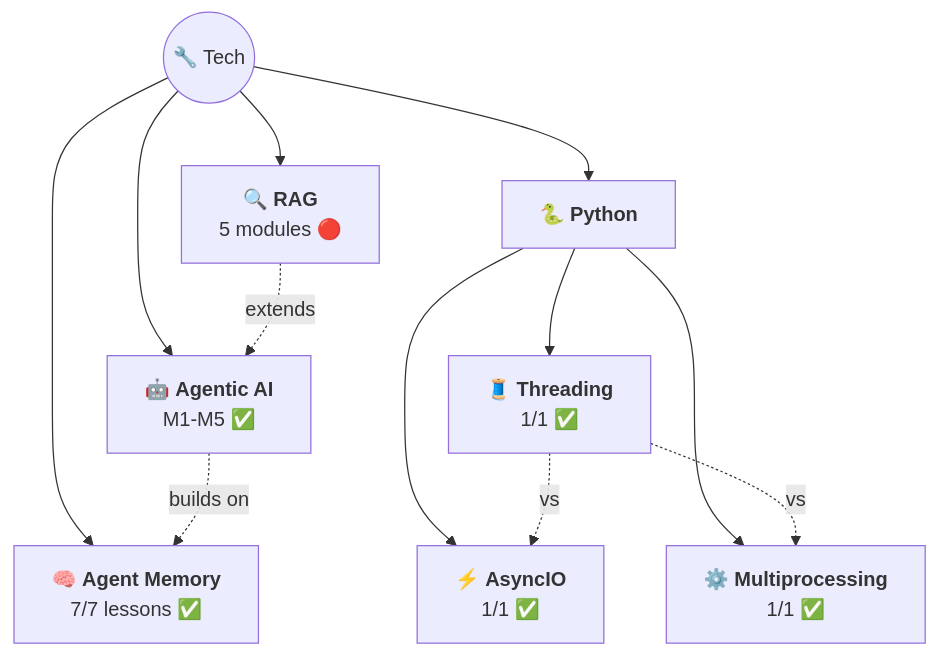
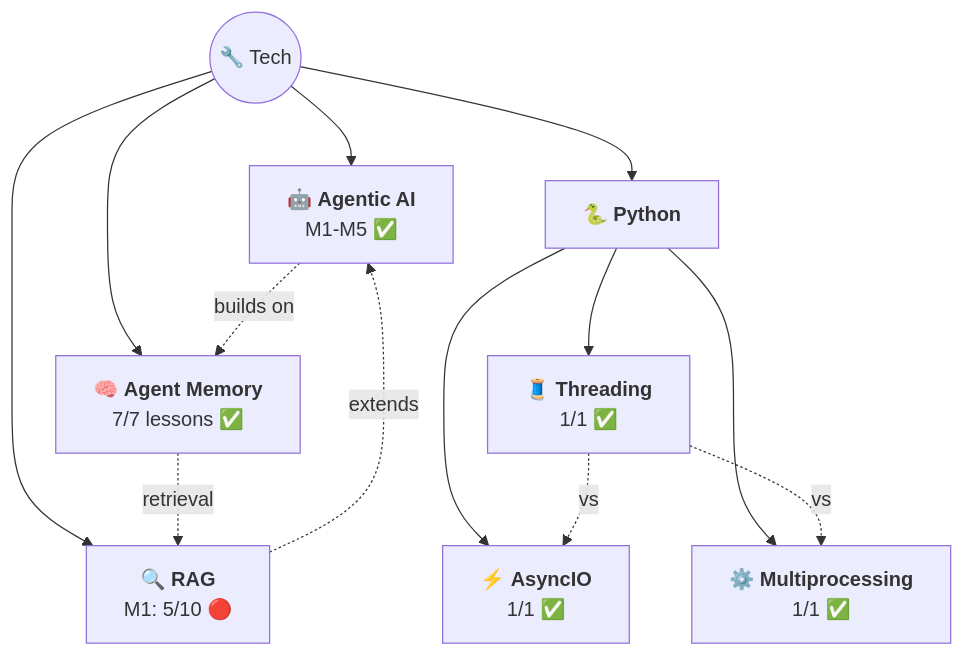
Before and after one commit to AyushSonuu/my-memory: the diagram in tech/README.md, drawn with Mermaid. The commit also changed other lines of this file and 234 other files, not shown here.

````diff
--- a/tech/README.md
+++ b/tech/README.md
@@ -5,15 +5,16 @@
 ```mermaid
 graph TB
     T(("🔧 Tech"))
     T --> AG["🤖 <b>Agentic AI</b><br/>M1-M5 ✅"]
     T --> AM["🧠 <b>Agent Memory</b><br/>7/7 lessons ✅"]
-    T --> RAG["🔍 <b>RAG</b><br/>5 modules 🔴"]
+    T --> RAG["🔍 <b>RAG</b><br/>M1: 5/10 🔴"]
     T --> PY["🐍 <b>Python</b>"]
     PY --> AIO["⚡ <b>AsyncIO</b><br/>1/1 ✅"]
     PY --> THR["🧵 <b>Threading</b><br/>1/1 ✅"]
     PY --> MP["⚙️ <b>Multiprocessing</b><br/>1/1 ✅"]
     AG -.->|"builds on"| AM
+    AM -.->|"retrieval"| RAG
     RAG -.->|"extends"| AG
     THR -.->|"vs"| AIO
     THR -.->|"vs"| MP
 ```
````
